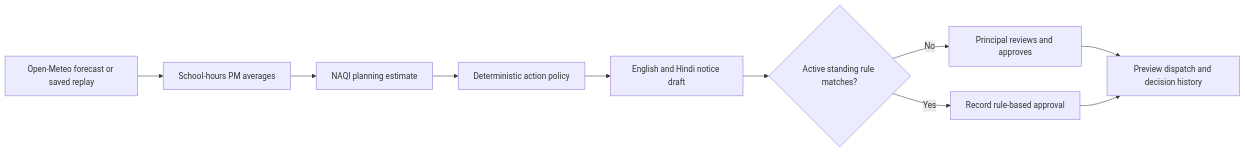
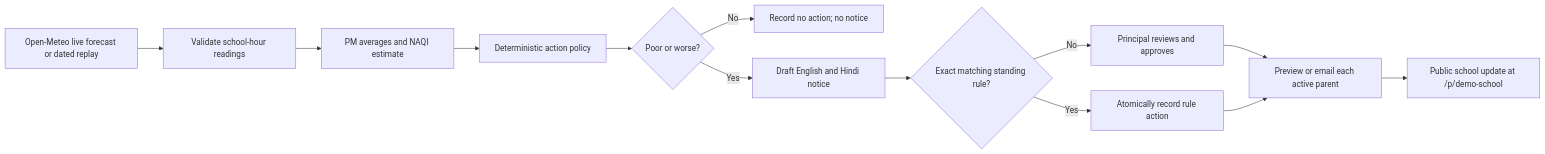
One commit to rutujthakare0/saans changed the diagram in README.md. Above: the diagram before and after it, drawn with Mermaid. The commit also changed other lines of this file and 44 other files, not shown here.

````diff
--- a/README.md
+++ b/README.md
@@ -25,12 +38,15 @@
 ```mermaid
 flowchart LR
-  A[Open-Meteo forecast or saved replay] --> B[School-hours PM averages]
-  B --> C[NAQI planning estimate]
+  A[Open-Meteo live forecast or dated replay] --> B[Validate school-hour readings]
+  B --> C[PM averages and NAQI estimate]
   C --> D[Deterministic action policy]
-  D --> E[English and Hindi notice draft]
-  E --> F{Active standing rule matches?}
-  F -- No --> G[Principal reviews and approves]
-  F -- Yes --> H[Record rule-based approval]
-  G --> I[Preview dispatch and decision history]
-  H --> I
+  D --> E{Poor or worse?}
+  E -- No --> F[Record no action; no notice]
+  E -- Yes --> G[Draft English and Hindi notice]
+  G --> H{Exact matching standing rule?}
+  H -- No --> I[Principal reviews and approves]
+  H -- Yes --> J[Atomically record rule action]
+  I --> K[Preview or email each active parent]
+  J --> K
+  K --> L[Public school update at /p/demo-school]
 ```
````
